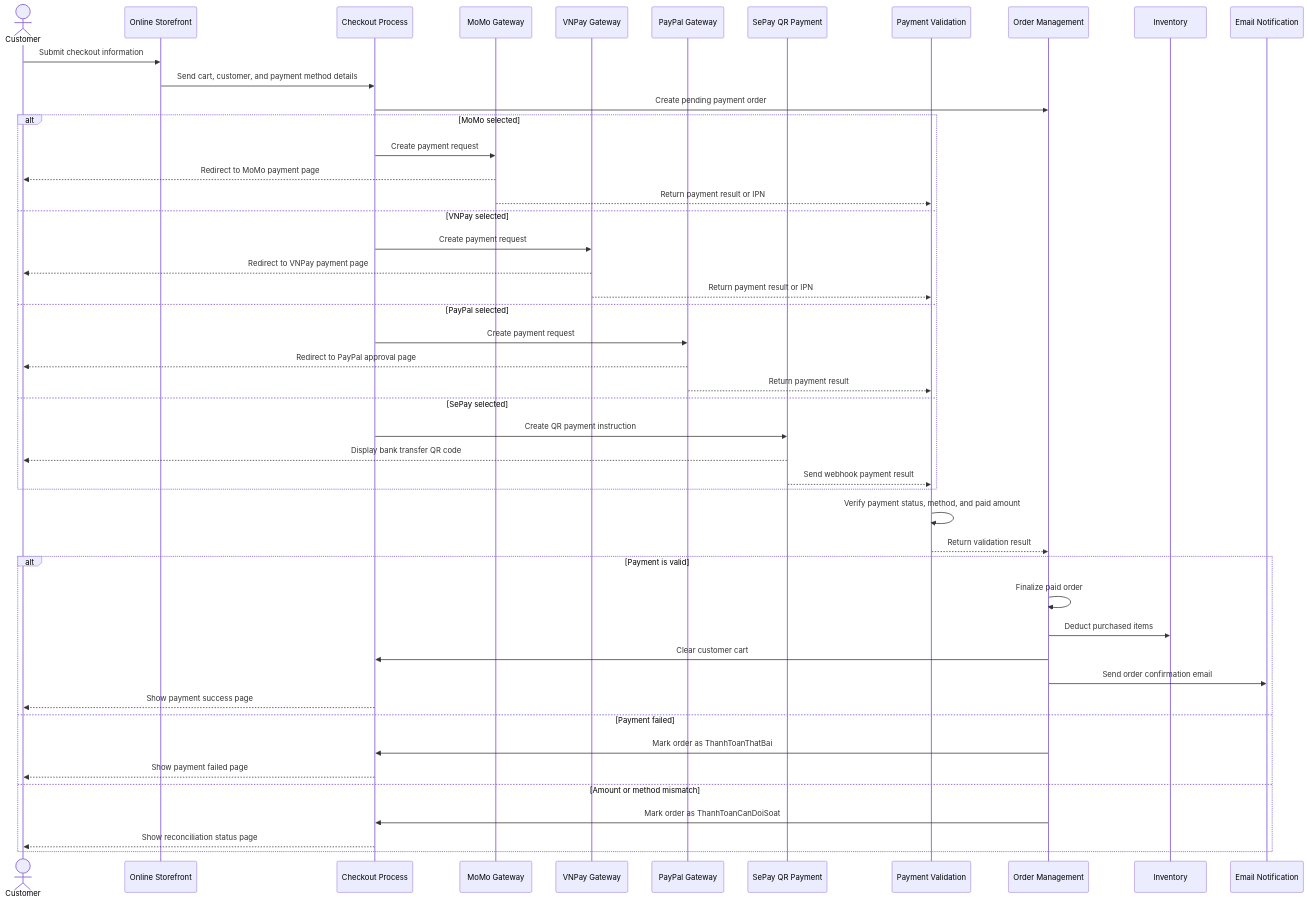
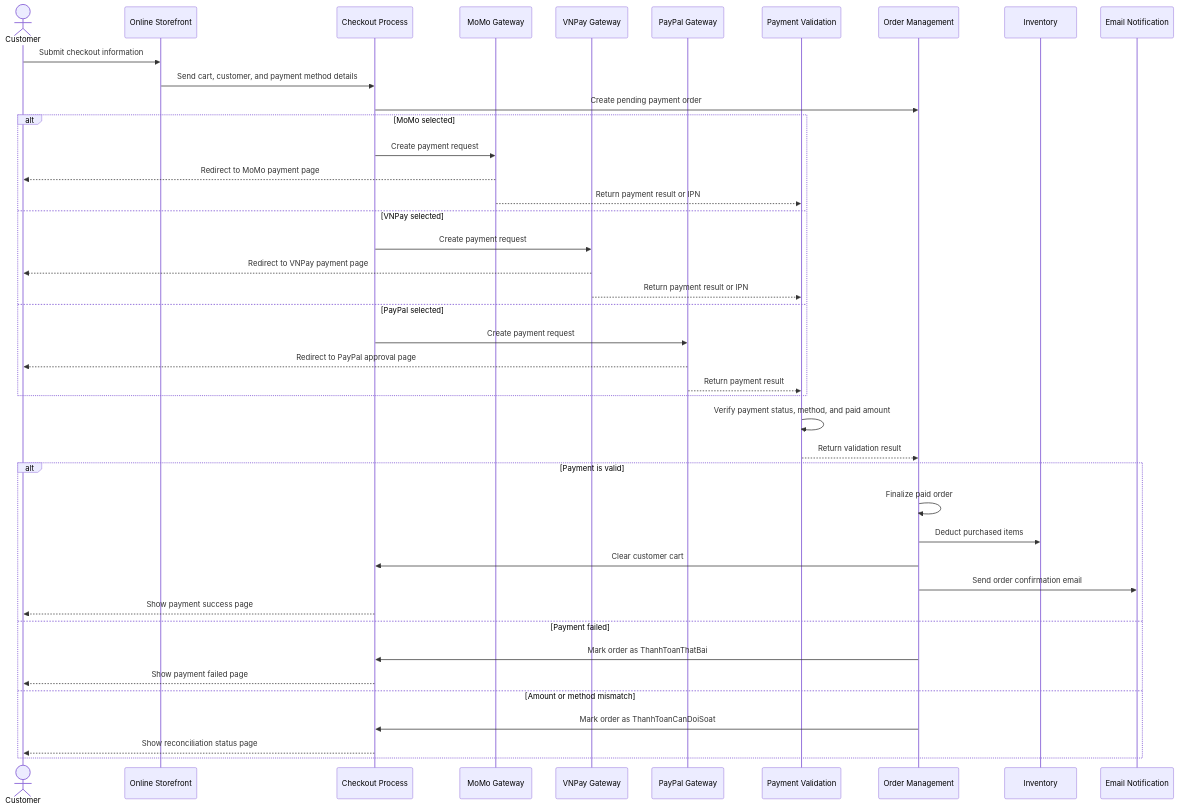
Before and after one commit to ngxuanvan/ReSip-Multi-Payment-E-Commerce: the fourth of 7 diagrams in README.md, drawn with Mermaid.

Commit message:
docs: remove SePay from online payment sequence

````diff
--- a/README.md
+++ b/README.md
@@ -135,53 +135,48 @@
 ```mermaid
 sequenceDiagram
     actor Customer
     participant Storefront as Online Storefront
     participant Checkout as Checkout Process
     participant MoMo as MoMo Gateway
     participant VNPay as VNPay Gateway
     participant PayPal as PayPal Gateway
-    participant SePay as SePay QR Payment
     participant Validation as Payment Validation
     participant Order as Order Management
     participant Inventory as Inventory
     participant Notification as Email Notification
 
     Customer->>Storefront: Submit checkout information
     Storefront->>Checkout: Send cart, customer, and payment method details
     Checkout->>Order: Create pending payment order
 
     alt MoMo selected
         Checkout->>MoMo: Create payment request
         MoMo-->>Customer: Redirect to MoMo payment page
         MoMo-->>Validation: Return payment result or IPN
     else VNPay selected
         Checkout->>VNPay: Create payment request
         VNPay-->>Customer: Redirect to VNPay payment page
         VNPay-->>Validation: Return payment result or IPN
     else PayPal selected
         Checkout->>PayPal: Create payment request
         PayPal-->>Customer: Redirect to PayPal approval page
         PayPal-->>Validation: Return payment result
-    else SePay selected
-        Checkout->>SePay: Create QR payment instruction
-        SePay-->>Customer: Display bank transfer QR code
-        SePay-->>Validation: Send webhook payment result
     end
 
     Validation->>Validation: Verify payment status, method, and paid amount
     Validation-->>Order: Return validation result
 
     alt Payment is valid
         Order->>Order: Finalize paid order
         Order->>Inventory: Deduct purchased items
         Order->>Checkout: Clear customer cart
         Order->>Notification: Send order confirmation email
         Checkout-->>Customer: Show payment success page
     else Payment failed
         Order->>Checkout: Mark order as ThanhToanThatBai
         Checkout-->>Customer: Show payment failed page
     else Amount or method mismatch
         Order->>Checkout: Mark order as ThanhToanCanDoiSoat
         Checkout-->>Customer: Show reconciliation status page
     end
 ```
````
